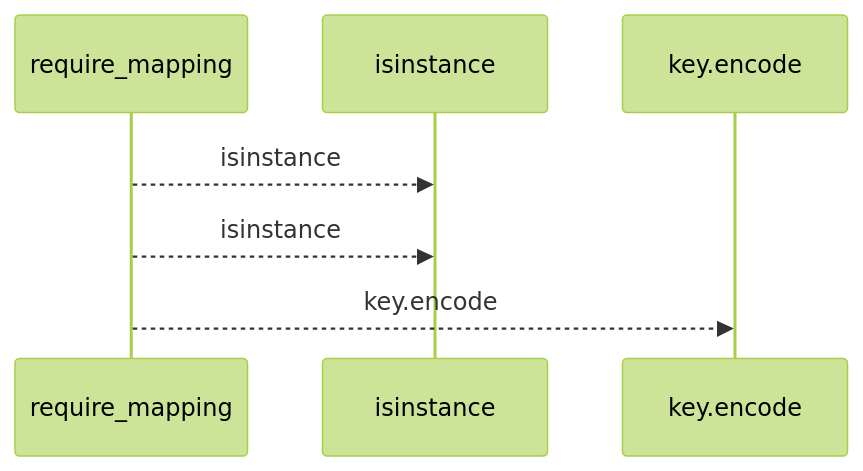
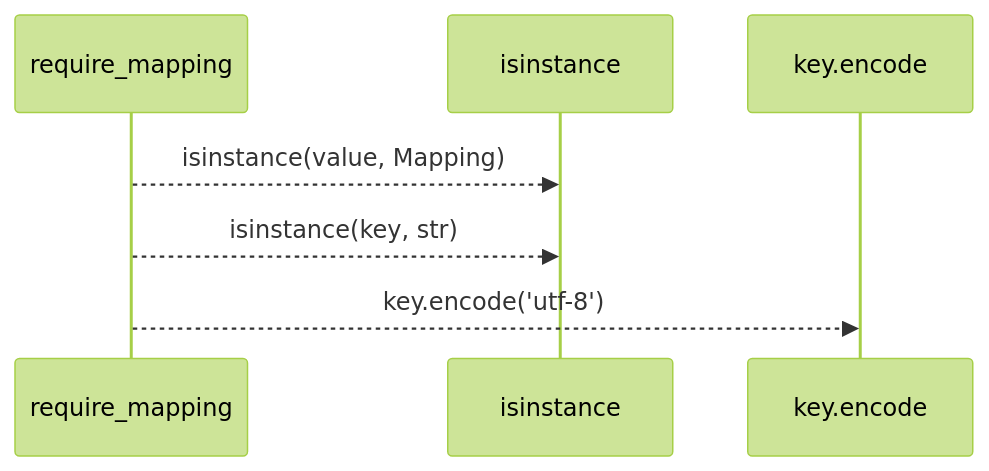
One commit to Denissvgn/python-wiki-llm changed the first of 2 diagrams in docs/llm_wiki/flows/api-require_mapping.md. Above: the diagram before and after it, drawn with Mermaid (forest theme). The commit also changed other lines of this file and 1410 other files, not shown here.

````diff
--- a/docs/llm_wiki/flows/api-require_mapping.md
+++ b/docs/llm_wiki/flows/api-require_mapping.md
@@ -10,9 +12,9 @@
 ```mermaid
 sequenceDiagram
     participant p0 as require_mapping
     participant p1 as isinstance
     participant p2 as key.encode
-    p0-->>p1: isinstance
-    p0-->>p1: isinstance
-    p0-->>p2: key.encode
+    p0-->>p1: isinstance(value, Mapping)
+    p0-->>p1: isinstance(key, str)
+    p0-->>p2: key.encode('utf-8')
 ```
````
